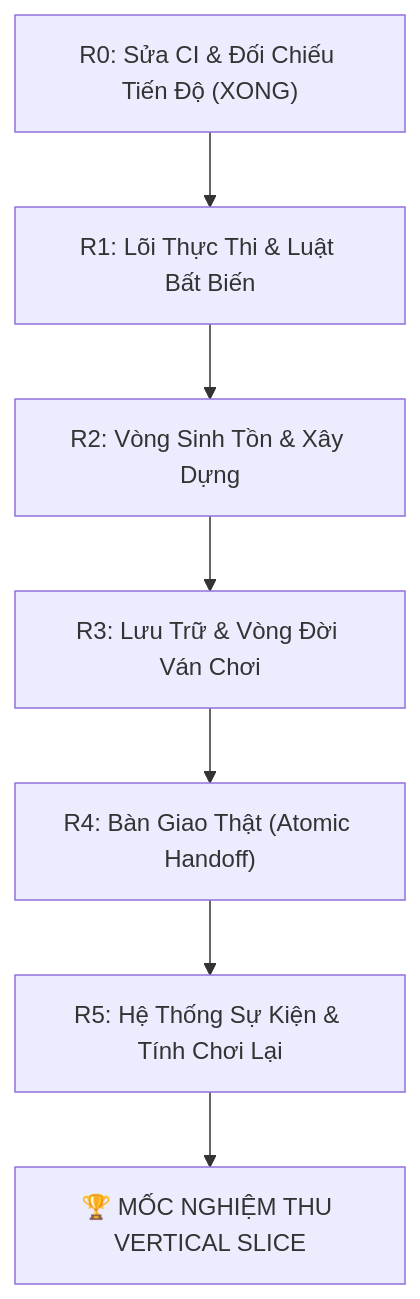
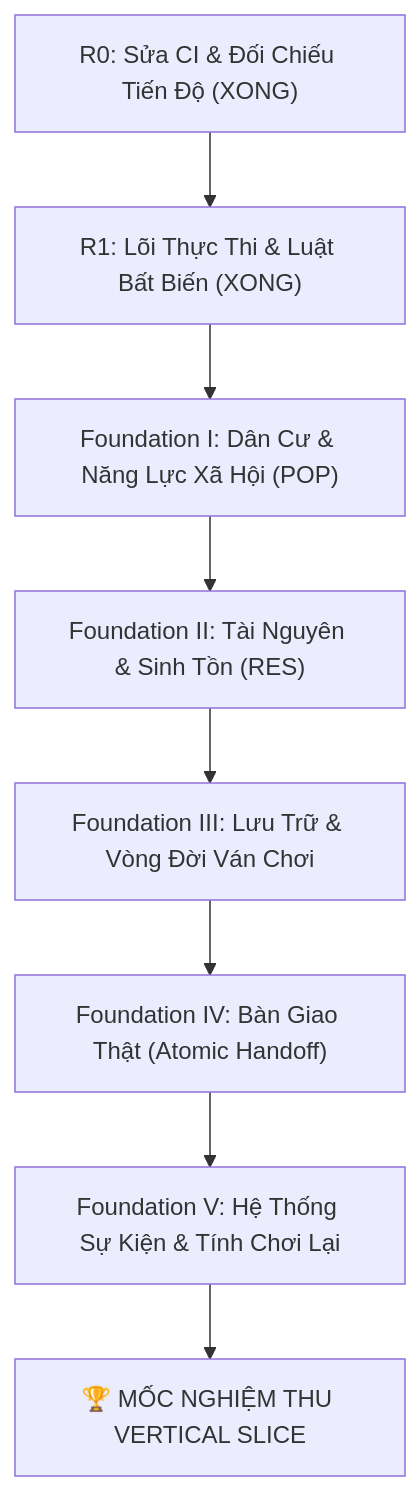
One commit to tanntran2000/Build-Settlement changed the diagram in docs/MASTER_ROADMAP.md. Above: the diagram before and after it, drawn with Mermaid. The commit also changed other lines of this file and 2 other files, not shown here.

Commit message:
docs(governance): reconcile tracker & roadmap, add implementation plan for POP-01A

````diff
--- a/docs/MASTER_ROADMAP.md
+++ b/docs/MASTER_ROADMAP.md
@@ -18,9 +18,10 @@
 ```mermaid
 flowchart TD
-    R0["R0: Sửa CI & Đối Chiếu Tiến Độ (XONG)"] --> R1["R1: Lõi Thực Thi & Luật Bất Biến"]
-    R1 --> R2["R2: Vòng Sinh Tồn & Xây Dựng"]
-    R2 --> R3["R3: Lưu Trữ & Vòng Đời Ván Chơi"]
-    R3 --> R4["R4: Bàn Giao Thật (Atomic Handoff)"]
-    R4 --> R5["R5: Hệ Thống Sự Kiện & Tính Chơi Lại"]
-    R5 --> MILESTONE["🏆 MỐC NGHIỆM THU VERTICAL SLICE"]
+    R0["R0: Sửa CI & Đối Chiếu Tiến Độ (XONG)"] --> R1["R1: Lõi Thực Thi & Luật Bất Biến (XONG)"]
+    R1 --> F1["Foundation I: Dân Cư & Năng Lực Xã Hội (POP)"]
+    F1 --> F2["Foundation II: Tài Nguyên & Sinh Tồn (RES)"]
+    F2 --> F3["Foundation III: Lưu Trữ & Vòng Đời Ván Chơi"]
+    F3 --> F4["Foundation IV: Bàn Giao Thật (Atomic Handoff)"]
+    F4 --> F5["Foundation V: Hệ Thống Sự Kiện & Tính Chơi Lại"]
+    F5 --> MILESTONE["🏆 MỐC NGHIỆM THU VERTICAL SLICE"]
 ```
````
